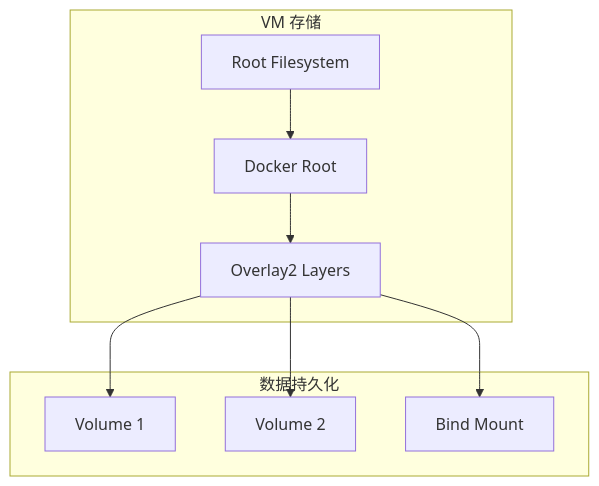
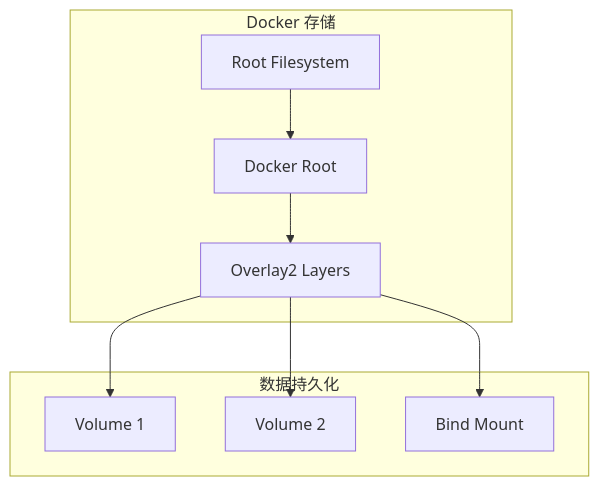
Before and after one commit to LineCatOvO/DFA: the seventh of 7 diagrams in docs/DOCKER-INTEGRATION.md, drawn with Mermaid. The commit also changed other lines of this file and 25 other files, not shown here.

````diff
--- a/docs/DOCKER-INTEGRATION.md
+++ b/docs/DOCKER-INTEGRATION.md
@@ -490,21 +376,21 @@
 ```mermaid
 graph TB
-    subgraph "VM 存储"
+    subgraph "Docker 存储"
         A[Root Filesystem]
         B[Docker Root]
         C[Overlay2 Layers]
     end
     
     subgraph "数据持久化"
         D[Volume 1]
         E[Volume 2]
         F[Bind Mount]
     end
     
     A --> B
     B --> C
     
     C --> D
     C --> E
     C --> F
 ```
````
